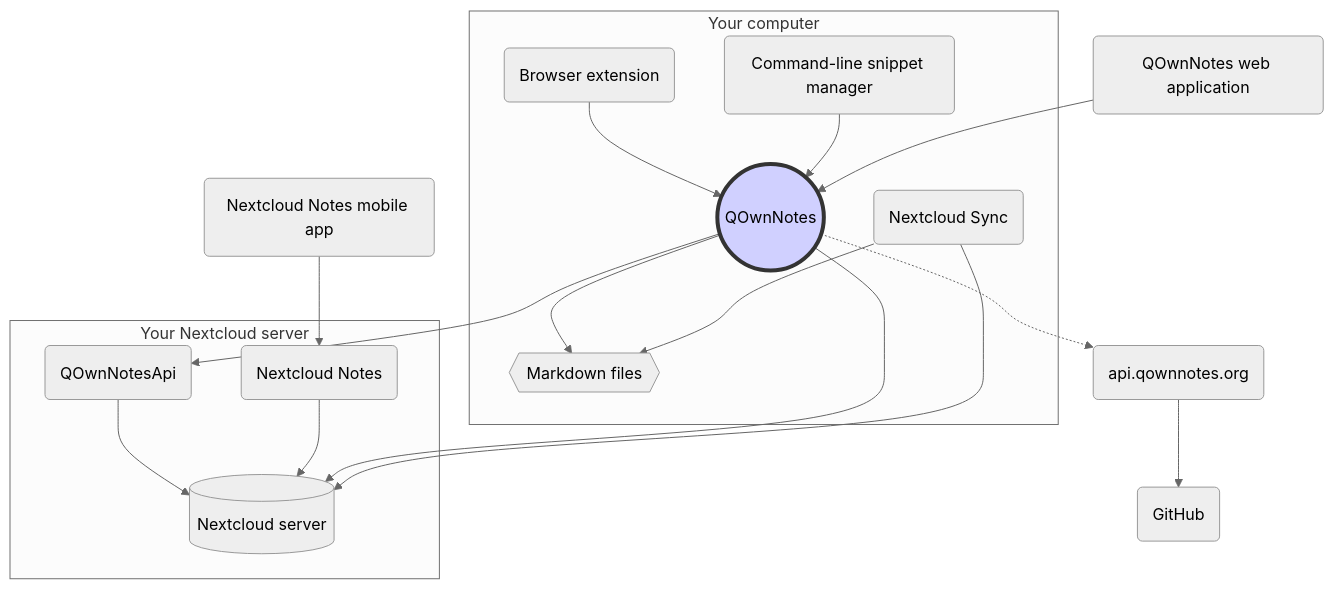
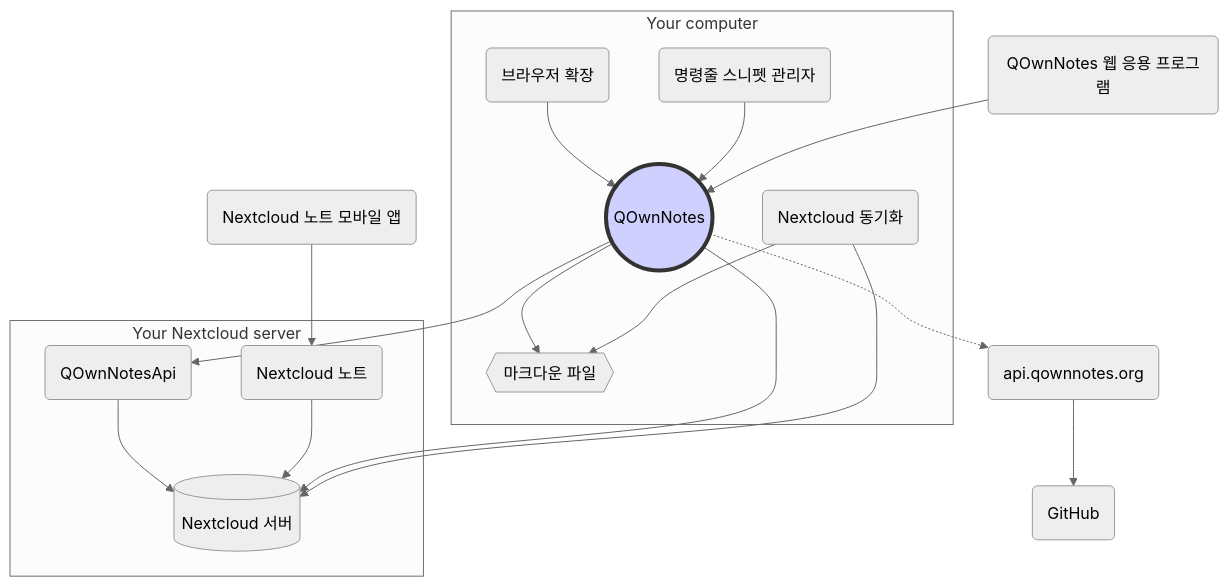
The diagram in webpage/src/ko/getting-started/concept.md (pbek/QOwnNotes), drawn with Mermaid (neutral theme) before and after one commit. The commit also changed other lines of this file and 92 other files, not shown here.

````diff
--- a/webpage/src/ko/getting-started/concept.md
+++ b/webpage/src/ko/getting-started/concept.md
@@ -3,34 +3,34 @@
 ```mermaid
 graph TB
     subgraph Your computer
-        qon((QOwnNotes))-->md{{"Markdown files"}}
-        sync("Nextcloud Sync")-->md
-        qon-comp("Browser extension")-->qon
-        qc("Command-line snippet manager")-->qon
+        qon((QOwnNotes))-->md{{"마크다운 파일"}}
+        sync("Nextcloud 동기화")-->md
+        qon-comp("브라우저 확장")-->qon
+        qc("명령줄 스니펫 관리자")-->qon
     end
     subgraph Your Nextcloud server
-        qon-api("QOwnNotesApi")-->ncs[("Nextcloud server")]
-        nc-notes-app("Nextcloud Notes")-->ncs
+        qon-api("QOwnNotesApi")-->ncs[("Nextcloud 서버")]
+        nc-notes-app("Nextcloud 노트")-->ncs
     end
 
-    nc-notes-mob("Nextcloud Notes mobile app")-->nc-notes-app
-    qon-web-app("QOwnNotes web application")-->qon
+    nc-notes-mob("Nextcloud 노트 모바일 앱")-->nc-notes-app
+    qon-web-app("QOwnNotes 웹 응용 프로그램")-->qon
     qon-->qon-api
     qon-->ncs
     sync-->ncs
     qon-.->qon-web-api("api.qownnotes.org")
     qon-web-api-->github("GitHub")
 
     style qon fill:#d0d0ff,stroke:#333,stroke-width:4px
-    click qon "/getting-started/concept.html#qownnotes" "QOwnNotes Desktop Application for managing your notes on your desktop computer"
-    click md "/getting-started/concept.html#markdown-note-files" "Markdown, media and attachment files in your note folder"
-    click qon-comp "/getting-started/concept.html#qownnotes-browser-extension" "QOwnNotes browser extension for managing bookmarks in markdown files and as web clipper"
-    click qc "/getting-started/concept.html#qownnotes-command-line-snippet-manager" "QOwnNotes command-line snippet manager"
-    click sync "/getting-started/concept.html#nextcloud-desktop-sync-client" "Nextcloud desktop sync client to sync your notes to your server"
+    click qon "/getting-started/concept.html#qownnotes" "데스크톱 컴퓨터에서 노트를 관리하기 위한 QOwnNotes 데스크톱 응용 프로그램"
+    click md "/getting-started/concept.html#markdown-note-files" "노트 폴더의 마크다운, 미디어 및 첨부 파일"
+    click qon-comp "/getting-started/concept.html#qownnotes-browser-extension" "마크다운 파일 및 웹 클리퍼로 책갈피를 관리하기 위한 QOwnNotes 브라우저 확장명"
+    click qc "/getting-started/concept.html#qownnotes-command-line-snippet-manager" "QOwnNotes 명령줄 스니펫 관리자"
+    click sync "/getting-started/concept.html#nextcloud-desktop-sync-client" "노트를 서버와 동기화하는 Nextcloud 데스크톱 동기화 클라이언트"
     click ncs "/getting-started/concept.html#nextcloud-server" "Nextcloud server to host your notes and other files"
-    click qon-api "/getting-started/concept.html#qownnotesapi-nextcloud-app" "QOwnNotesAPI Nextcloud app to access your server-side trash and note versions"
-    click nc-notes-app "/getting-started/concept.html#nextcloud-notes-server-app" "Nextcloud Notes server app to manage your notes in the web"
-    click nc-notes-mob "/getting-started/concept.html#nextcloud-notes-mobile-app" "Nextcloud Notes mobile app to manage your notes on your mobile phone"
-    click qon-web-app "/getting-started/concept.html#qownnotes-web-app" "QOwnNotes Web App to send photos from your mobile phone"
+    click qon-api "/getting-started/concept.html#qownnotesapi-nextcloud-app" "서버 측 휴지통 및 노트 버전에 액세스하는 QOwnNotesAPI Nextcloud 앱"
+    click nc-notes-app "/getting-started/concept.html#nextcloud-notes-server-app" "웹에서 노트를 관리하는 Nextcloud 노트 서버 앱"
+    click nc-notes-mob "/getting-started/concept.html#nextcloud-notes-mobile-app" "휴대 전화에서 노트를 관리하는 Nextcloud 노트 모바일 앱"
+    click qon-web-app "/getting-started/concept.html#qownnotes-web-app" "휴대폰에서 사진을 보내는 QOwnNotes 웹 앱"
     click qon-web-api "/getting-started/concept.html#api-qownnotes-org"
 ```
````
